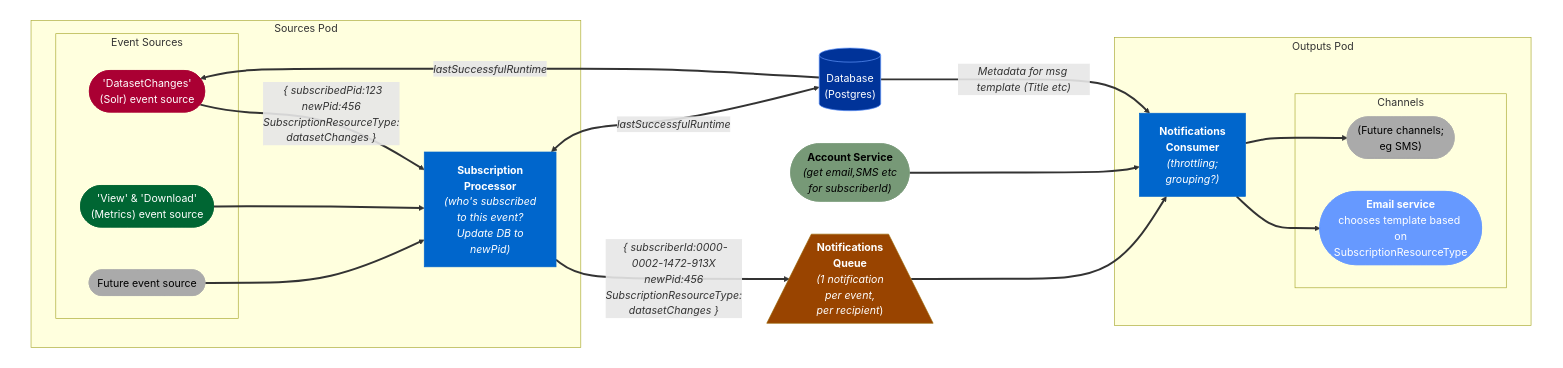
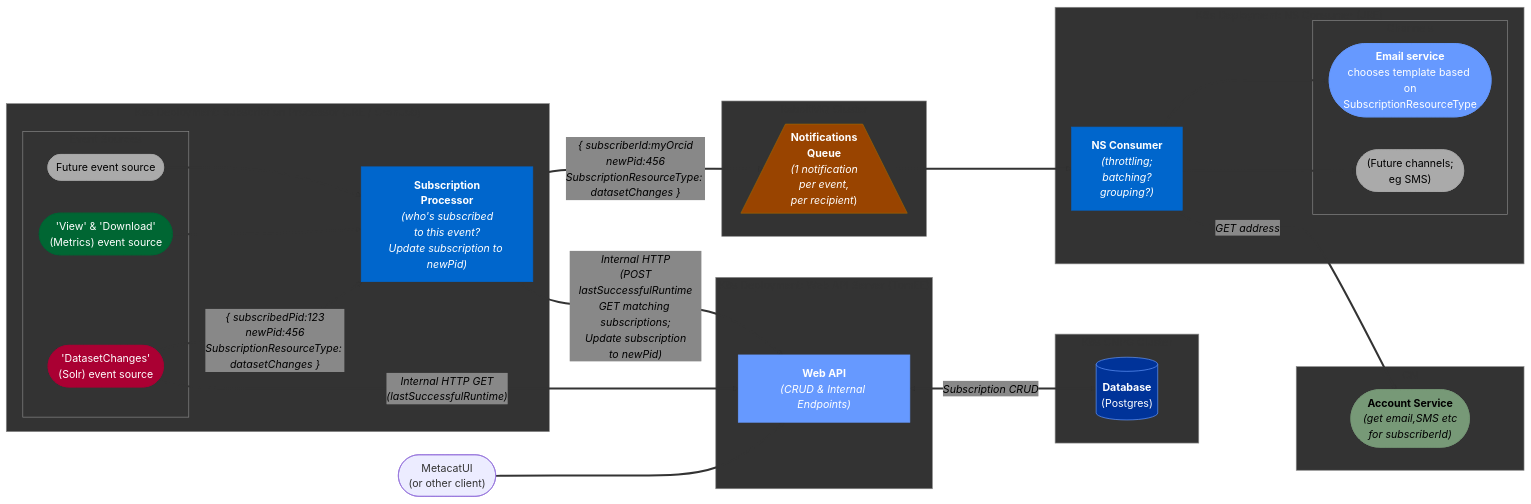
Before and after one commit to DataONEorg/notification-service: the diagram in docs/architecture.mmd, drawn with Mermaid.

Commit message:
arch update

```diff
--- a/docs/architecture.mmd
+++ b/docs/architecture.mmd
@@ -1,51 +1,71 @@
+---
+config:
+  themeVariables:
+    clusterBorder: "#888888"
+    clusterBkg: "#333333"
+    edgeLabelBackground: "#888888"
+---
 flowchart LR
-subgraph background[" "]
-    direction LR
-    subgraph "Sources Pod"
-        subgraph "Event Sources"
-            ds-src(["'DatasetChanges'<br/>(Solr) event source"])
-            mtrx-src(["'View' & 'Download'<br/>(Metrics) event source"])
-            fut-src(["Future event source"])
+%%    subgraph background["Notification Service Architecture"]
+        direction LR
+
+        subgraph RabbitMQ Cluster
+            Q["<b>Notifications<br/>Queue</b><br/><em>(1 notification<br/>per event,<br/>per recipient</em>)"]@{ shape: trapezoid-bottom }
         end
-        subs-proc["<b>Subscription<br/>Processor</b><br/><em>(who's subscribed<br/>to this event?<br/>Update DB to
-        newPid)</em>"]
-    end
-    Q["<b>Notifications<br/>Queue</b><br/><em>(1 notification<br/>per event,<br/>per recipient</em>)
-    "]@{ shape: trapezoid-bottom }
-    subgraph "Outputs Pod"
-        consumer["<b>Notifications<br/>Consumer</b><br/><em>(throttling;<br/>grouping?)</em>"]
-        subgraph Channels
-            email-svc(["<b>Email service</b><br/>chooses template based on<br/>SubscriptionResourceType"])
-            fut-channel(["(Future channels;<br/>eg SMS)"])
+
+        subgraph "CN"
+            account-svc(["<b>Account Service</b><br/><em>(get email,SMS etc<br/>for subscriberId)</em>"])
         end
-    end
-    DB["Database<br/>(Postgres)"]@{ shape: cylinder }
-    account-svc(["<b>Account Service</b><br/><em>(get email,SMS etc<br/>for subscriberId)</em>"])
 
-    ds-src -- <em> { subscribedPid:123<br/>newPid:456<br/>SubscriptionResourceType:
-datasetChanges }</em> --> subs-proc
-    mtrx-src --> subs-proc
-    subs-proc -- <em> { subscriberId:0000-0002-1472-913X<br/>newPid:456<br/>SubscriptionResourceType:
-datasetChanges }</em> --> Q
-    Q --> consumer
-    consumer --> email-svc
-    account-svc --> consumer
-    consumer --> fut-channel
-    fut-src --> subs-proc
-    subs-proc <-- <em>lastSuccessfulRuntime</em> --> DB
-    DB -- <em>lastSuccessfulRuntime</em> --> ds-src
-    DB -- <em>Metadata for msg template (Title etc)</em> --> consumer
-end
+        subgraph K8s CNPG Cluster
+            DB["<b>Database</b><br/>(Postgres)"]@{ shape: cylinder }
+        end
 
-style background fill:#ffffff,stroke:none
-linkStyle default stroke-width:3px
-style ds-src color:#FFFFFF, stroke:#AA0033, fill:#AA0033
-style mtrx-src color:#FFFFFF, stroke:#006633, fill:#006633
-style subs-proc color:#FFFFFF, stroke:#0066CC, fill:#0066CC
-style Q color:#FFFFFF, stroke:#996600, fill:#994400
-style consumer color:#FFFFFF, stroke:#0066CC, fill:#0066CC
-style email-svc color:#FFFFFF, stroke:#6699FF, fill:#6699FF
-style fut-channel color:#000000, stroke:#aaaaaa, fill:#aaaaaa
-style fut-src color:#000000, stroke:#aaaaaa, fill:#aaaaaa
-style DB color:#FFFFFF, stroke:#6699FF, fill:#003399
-style account-svc color:#000000, stroke:#779977, fill:#779977
+        subgraph "K8s Deployment: Web API Server (TomEE)"
+            web-api["<b>Web API</b><br/><em>(CRUD & Internal Endpoints)</em>"]
+        end
+
+        subgraph "K8s Deployment: Subscription Processor (JRE / CronJob)"
+            subgraph "Event Sources"
+                ds-src(["'DatasetChanges'<br/>(Solr) event source"])
+                mtrx-src(["'View' & 'Download'<br/>(Metrics) event source"])
+                fut-src(["Future event source"])
+            end
+            subs-proc["<b>Subscription<br/>Processor</b><br/><em>(who's subscribed<br/>to this event?<br/>Update subscription to newPid)</em>"]
+        end
+
+        subgraph "K8s Deployment: NS Consumer (JRE)"
+            consumer["<b>NS Consumer</b><br/><em>(throttling;<br/>batching?<br/>grouping?)</em>"]
+            subgraph Channels
+                email-svc(["<b>Email service</b><br/>chooses template based on<br/>SubscriptionResourceType"])
+                fut-channel(["(Future channels;<br/>eg SMS)"])
+            end
+        end
+
+        metacatui(["MetacatUI<br/>(or other client)"]) --> web-api
+        subs-proc -- "{ subscriberId:myOrcid<br/>newPid:456<br/>SubscriptionResourceType: datasetChanges }" --> Q
+        consumer -- "GET address" --> account-svc
+        Q --> consumer
+        consumer --> fut-channel
+        consumer --> email-svc
+        ds-src -- "{ subscribedPid:123<br/>newPid:456<br/>SubscriptionResourceType: datasetChanges }" --> subs-proc
+        mtrx-src --> subs-proc
+        fut-src --> subs-proc
+        ds-src -- "Internal HTTP GET<br/>(lastSuccessfulRuntime)" --> web-api
+        subs-proc -- "Internal HTTP<br/>(POST<br/>lastSuccessfulRuntime<br/>GET matching subscriptions;<br/>Update subscription<br/>to newPid)" --> web-api
+        web-api <-- Subscription CRUD --> DB
+
+%%    end
+
+    linkStyle default stroke-width:3px,color:#000000,font-style:italic
+    style ds-src color:#FFFFFF, stroke:#AA0033, fill:#AA0033
+    style mtrx-src color:#FFFFFF, stroke:#006633, fill:#006633
+    style subs-proc color:#FFFFFF, stroke:#0066CC, fill:#0066CC
+    style Q color:#FFFFFF, stroke:#996600, fill:#994400
+    style consumer color:#FFFFFF, stroke:#0066CC, fill:#0066CC
+    style email-svc color:#FFFFFF, stroke:#6699FF, fill:#6699FF
+    style web-api color:#FFFFFF, stroke:#6699FF, fill:#6699FF
+    style fut-channel color:#000000, stroke:#aaaaaa, fill:#aaaaaa
+    style fut-src color:#000000, stroke:#aaaaaa, fill:#aaaaaa
+    style DB color:#FFFFFF, stroke:#6699FF, fill:#003399
+    style account-svc color:#000000, stroke:#779977, fill:#779977
```
